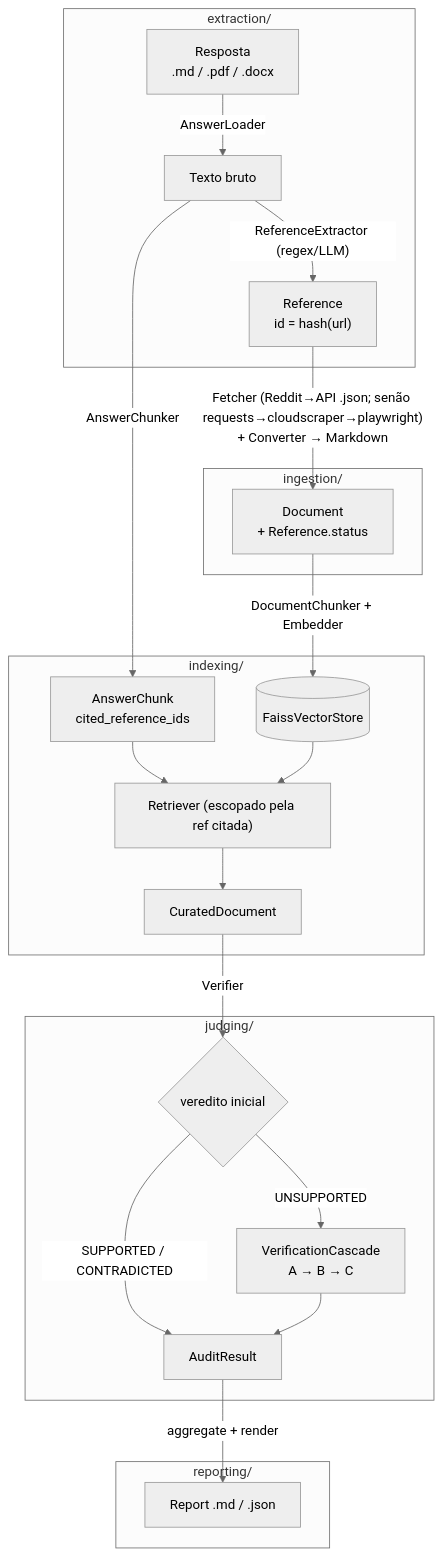
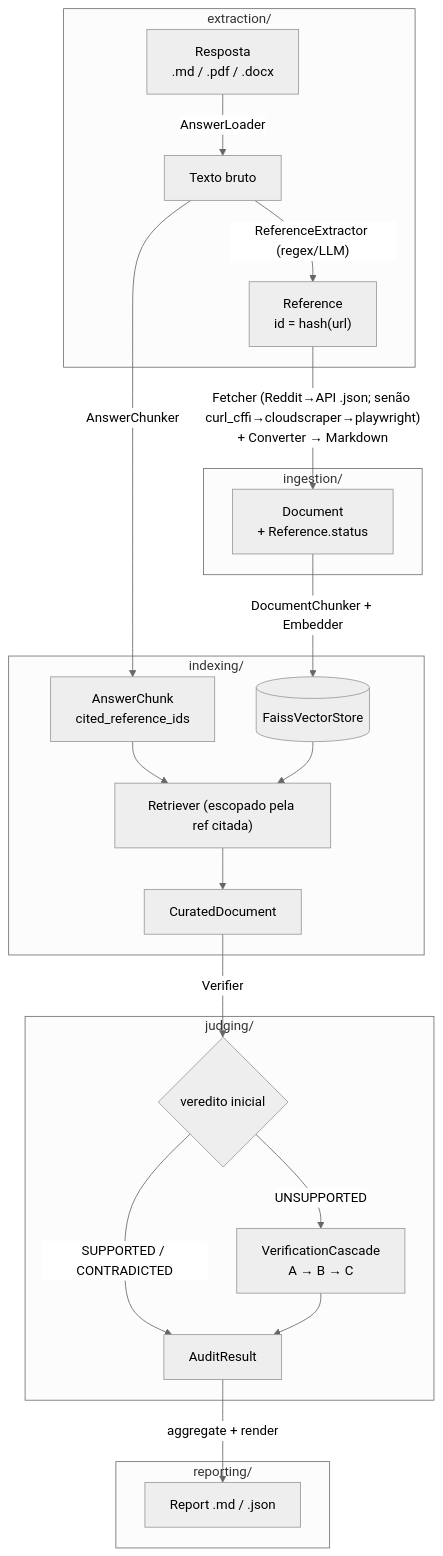
The diagram in README.md (menezs/deep-research-auditor), drawn with Mermaid (neutral theme) before and after one commit. The commit also changed other lines of this file and 5 other files, not shown here.

````diff
--- a/README.md
+++ b/README.md
@@ -15,32 +15,32 @@
 ```mermaid
 flowchart TD
     IN["Resposta<br/>.md / .pdf / .docx"]
 
     subgraph EXT["extraction/"]
         IN -->|AnswerLoader| TXT["Texto bruto"]
         TXT -->|"ReferenceExtractor (regex/LLM)"| REF["Reference<br/>id = hash(url)"]
     end
 
     subgraph ING["ingestion/"]
-        REF -->|"Fetcher (Reddit→API .json; senão requests→cloudscraper→playwright)<br/>+ Converter → Markdown"| DOC["Document<br/>+ Reference.status"]
+        REF -->|"Fetcher (Reddit→API .json; senão curl_cffi→cloudscraper→playwright)<br/>+ Converter → Markdown"| DOC["Document<br/>+ Reference.status"]
     end
 
     subgraph IDX["indexing/"]
         TXT -->|AnswerChunker| CHK["AnswerChunk<br/>cited_reference_ids"]
         DOC -->|"DocumentChunker + Embedder"| VS[("FaissVectorStore")]
         CHK --> RET["Retriever (escopado pela ref citada)"]
         VS --> RET
         RET --> CUR["CuratedDocument"]
     end
 
     subgraph JUD["judging/"]
         CUR -->|Verifier| V0{"veredito inicial"}
         V0 -->|"SUPPORTED / CONTRADICTED"| RES["AuditResult"]
         V0 -->|UNSUPPORTED| CASC["VerificationCascade<br/>A → B → C"]
         CASC --> RES
     end
 
     subgraph REP["reporting/"]
         RES -->|"aggregate + render"| OUT["Report .md / .json"]
     end
 ```
````
